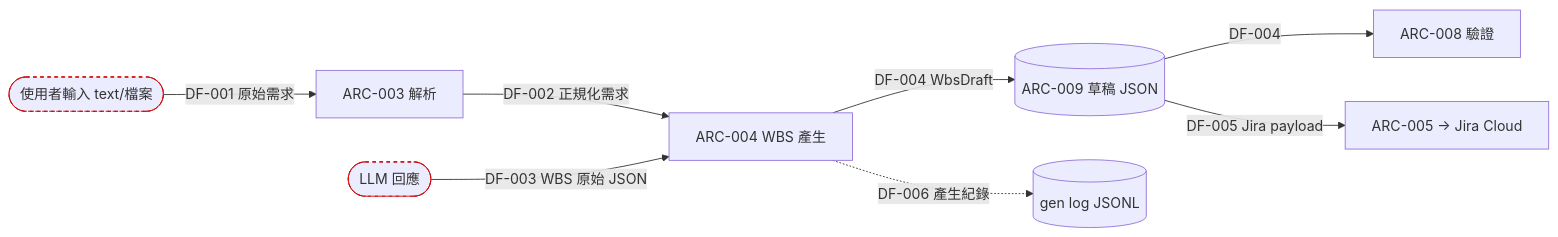
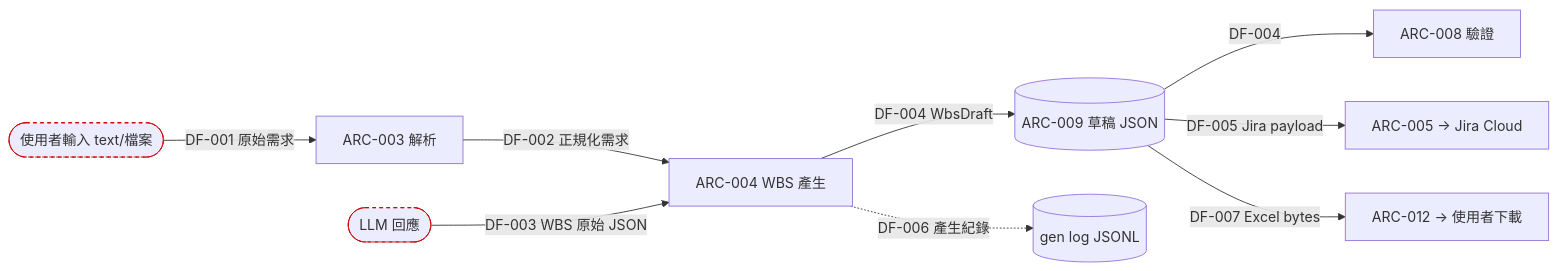
The diagram in docs/compliance/03-data-flow.md (chinhui741209-dev/PM-Agent), drawn with Mermaid before and after one commit. The commit also changed other lines of this file and 10 other files, not shown here.

````diff
--- a/docs/compliance/03-data-flow.md
+++ b/docs/compliance/03-data-flow.md
@@ -6,11 +6,12 @@
 ```mermaid
 flowchart LR
   ext([使用者輸入 text/檔案]):::untrusted -->|DF-001 原始需求| A[ARC-003 解析]
   A -->|DF-002 正規化需求| B[ARC-004 WBS 產生]
   llm([LLM 回應]):::untrusted -->|DF-003 WBS 原始 JSON| B
   B -->|DF-004 WbsDraft| S[(ARC-009 草稿 JSON)]
   B -.->|DF-006 產生紀錄| L[(gen log JSONL)]
   S -->|DF-004| V[ARC-008 驗證]
   S -->|DF-005 Jira payload| J[ARC-005 → Jira Cloud]
+  S -->|DF-007 Excel bytes| X[ARC-012 → 使用者下載]
   classDef untrusted stroke:#c00,stroke-dasharray:4;
 ```
````
